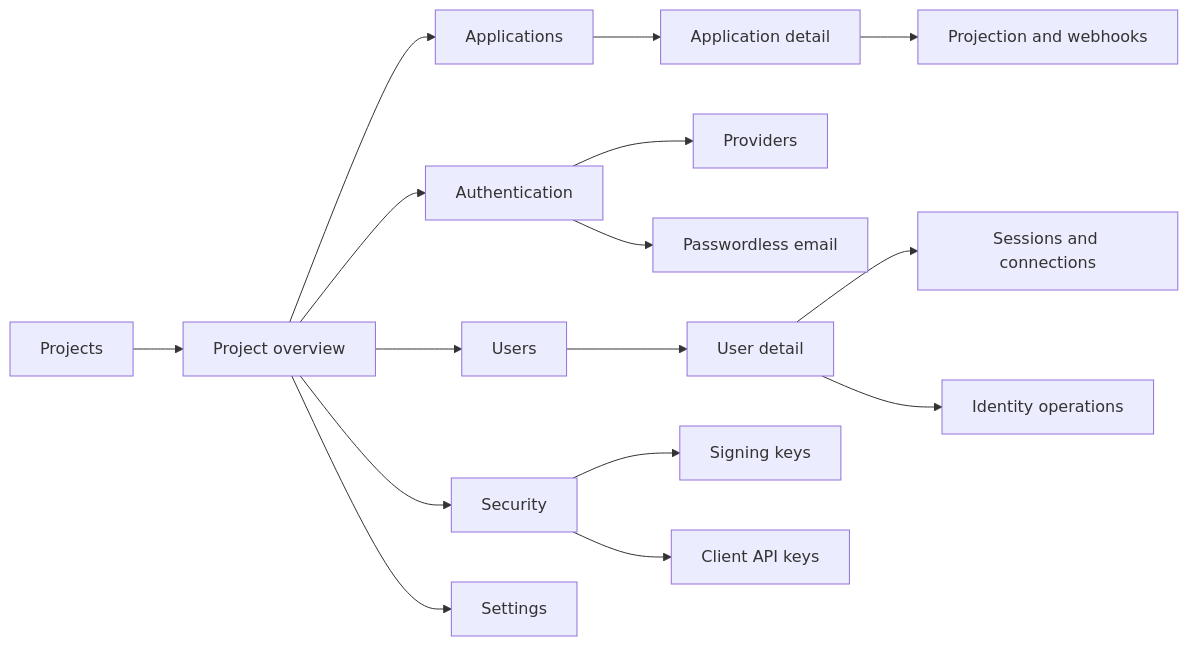
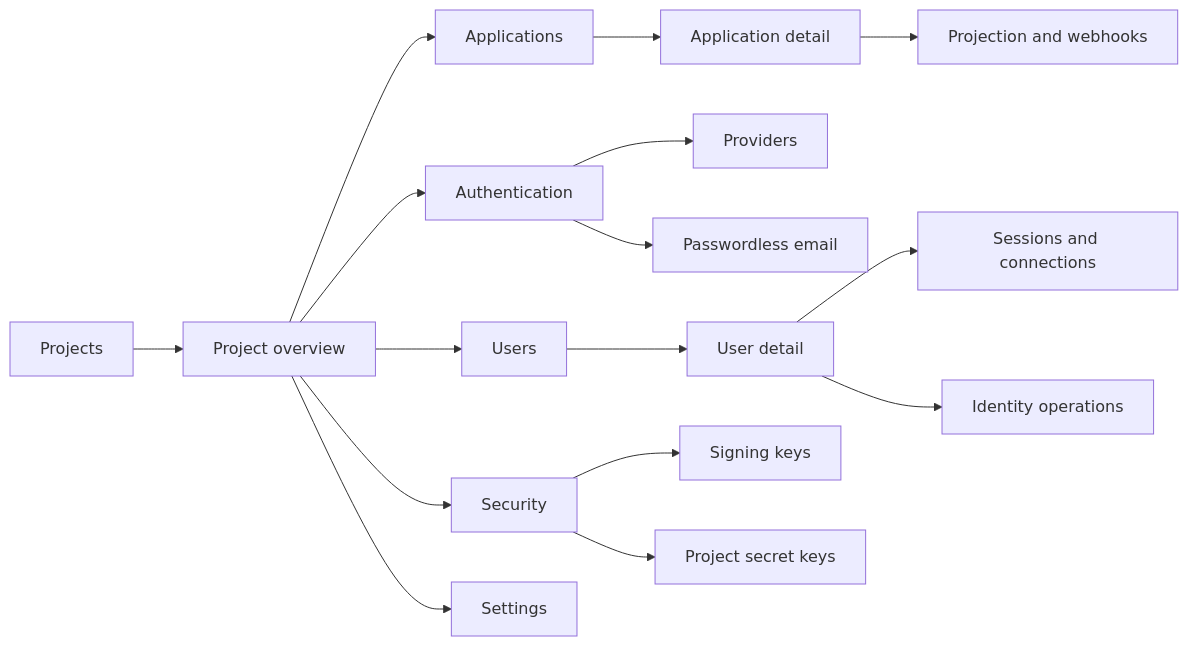
Before and after one commit to owlfoundry/owlauth: the second of 2 diagrams in spec/12-product-ui-and-interaction-design.md, drawn with Mermaid. The commit also changed other lines of this file and 182 other files, not shown here.

First line of the commit message:
feat(server+cli)!: replace client API with project server API

````diff
--- a/spec/12-product-ui-and-interaction-design.md
+++ b/spec/12-product-ui-and-interaction-design.md
@@ -165,18 +165,18 @@
 ```mermaid
 flowchart LR
     Projects[Projects] --> Overview[Project overview]
     Overview --> Apps[Applications]
     Overview --> Auth[Authentication]
     Overview --> Users[Users]
     Overview --> Security[Security]
     Overview --> Settings[Settings]
     Apps --> AppDetail[Application detail]
     AppDetail --> Delivery[Projection and webhooks]
     Auth --> Providers[Providers]
     Auth --> Email[Passwordless email]
     Users --> UserDetail[User detail]
     UserDetail --> Sessions[Sessions and connections]
     UserDetail --> Identity[Identity operations]
     Security --> Keys[Signing keys]
-    Security --> ClientKeys[Client API keys]
+    Security --> ServerKeys[Project secret keys]
 ```
````
